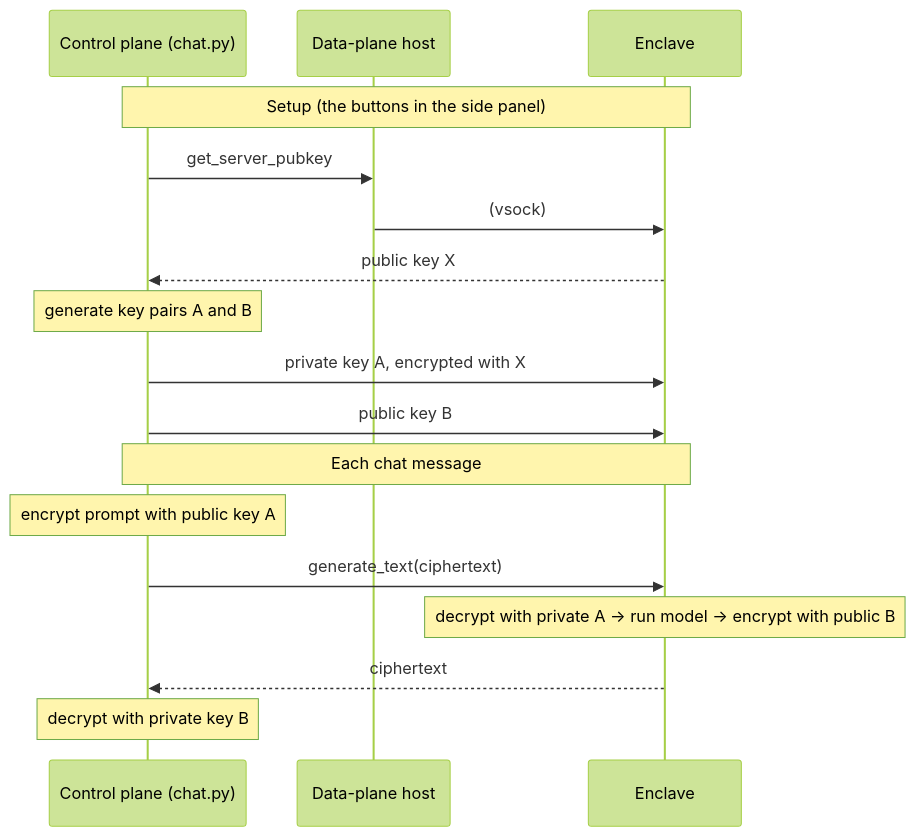
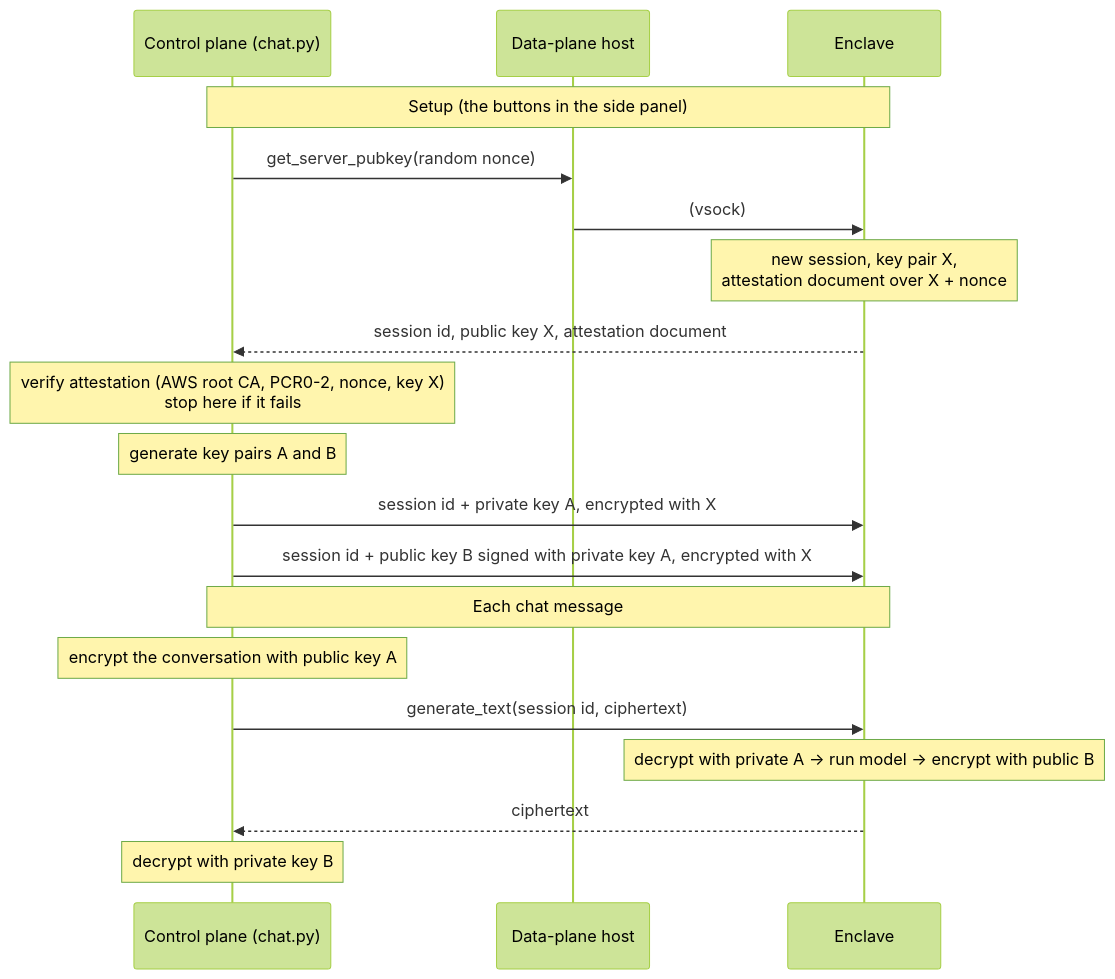
The fourth of 4 diagrams in README.md (Marstronix218/confidential-llm-on-nitro-enclaves), drawn with Mermaid (forest theme) before and after one commit. The commit also changed other lines of this file and 96 other files, not shown here.

````diff
--- a/README.md
+++ b/README.md
@@ -105,19 +111,21 @@
 ```mermaid
 sequenceDiagram
     participant C as Control plane (chat.py)
     participant H as Data-plane host
     participant E as Enclave
     Note over C,E: Setup (the buttons in the side panel)
-    C->>H: get_server_pubkey
+    C->>H: get_server_pubkey(random nonce)
     H->>E: (vsock)
-    E-->>C: public key X
+    Note over E: new session, key pair X,<br/>attestation document over X + nonce
+    E-->>C: session id, public key X, attestation document
+    Note over C: verify attestation (AWS root CA, PCR0-2, nonce, key X)<br/>stop here if it fails
     Note over C: generate key pairs A and B
-    C->>E: private key A, encrypted with X
-    C->>E: public key B
+    C->>E: session id + private key A, encrypted with X
+    C->>E: session id + public key B signed with private key A, encrypted with X
     Note over C,E: Each chat message
-    Note over C: encrypt prompt with public key A
-    C->>E: generate_text(ciphertext)
+    Note over C: encrypt the conversation with public key A
+    C->>E: generate_text(session id, ciphertext)
     Note over E: decrypt with private A → run model → encrypt with public B
     E-->>C: ciphertext
     Note over C: decrypt with private key B
 ```
````
